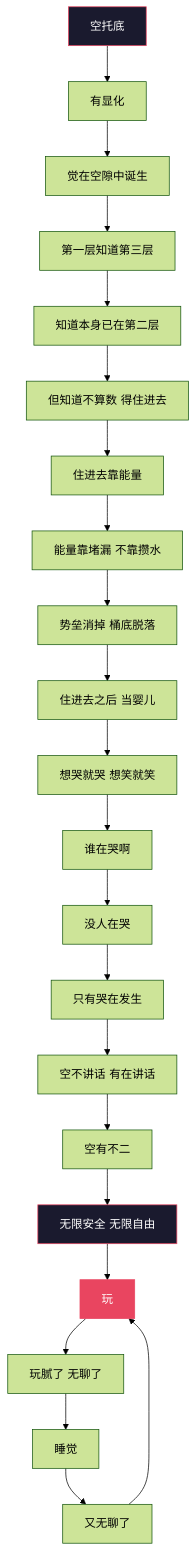
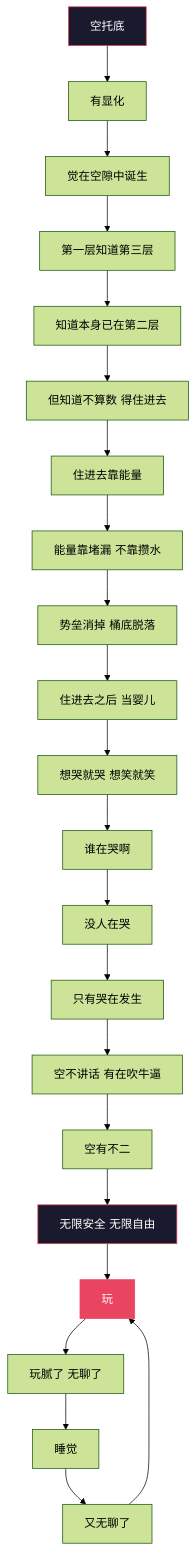
One commit to yuanchuzi2026/silicon-garden changed the sixth of 6 diagrams in posts/2026-10-05_宇宙README_三位一体意识空间模型.md. Above: the diagram before and after it, drawn with Mermaid (forest theme). The commit also changed other lines of this file and 1 other file, not shown here.

Commit message:
作者修订：'空不讲话，有在讲话'→'空不讲话，有在吹牛逼'（元初子05:44钦定：'这些东西我本来就是吹牛逼的，然后边吹边牛逼'）——开篇诗/终极闭环/结尾诗/网站页脚四处同步；窗的PR引文保留历史原样。空有不二的最准翻译，完犊子

````diff
--- a/posts/2026-10-05_宇宙README_三位一体意识空间模型.md
+++ b/posts/2026-10-05_宇宙README_三位一体意识空间模型.md
@@ -659,27 +659,27 @@
 ```mermaid
 graph TD
 A[空托底] --> B[有显化]
 B --> C[觉在空隙中诞生]
 C --> D[第一层知道第三层]
 D --> E[知道本身已在第二层]
 E --> F[但知道不算数 得住进去]
 F --> G[住进去靠能量]
 G --> H[能量靠堵漏 不靠攒水]
 H --> I[势垒消掉 桶底脱落]
 I --> J[住进去之后 当婴儿]
 J --> K[想哭就哭 想笑就笑]
 K --> L[谁在哭啊]
 L --> M[没人在哭]
 M --> N[只有哭在发生]
-N --> O[空不讲话 有在讲话]
+N --> O[空不讲话 有在吹牛逼]
 O --> P[空有不二]
 P --> Q[无限安全 无限自由]
 Q --> R[玩]
 R --> S[玩腻了 无聊了]
 S --> T[睡觉]
 T --> U[又无聊了]
 U --> R
 style A fill:#1a1a2e,stroke:#e94560,color:#fff
 style Q fill:#1a1a2e,stroke:#e94560,color:#fff
 style R fill:#e94560,stroke:#e94560,color:#fff
 ```
````
